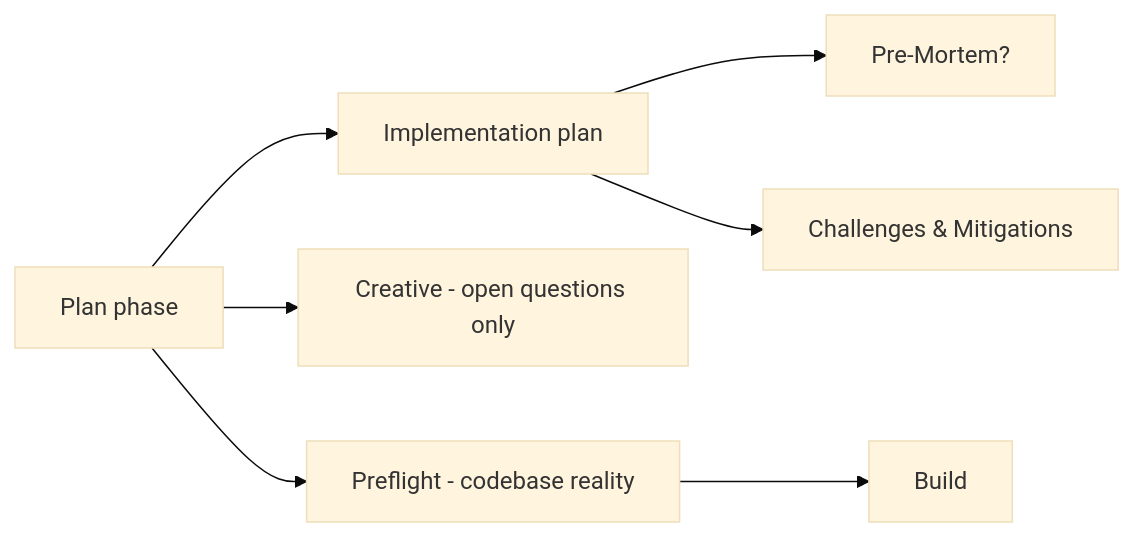
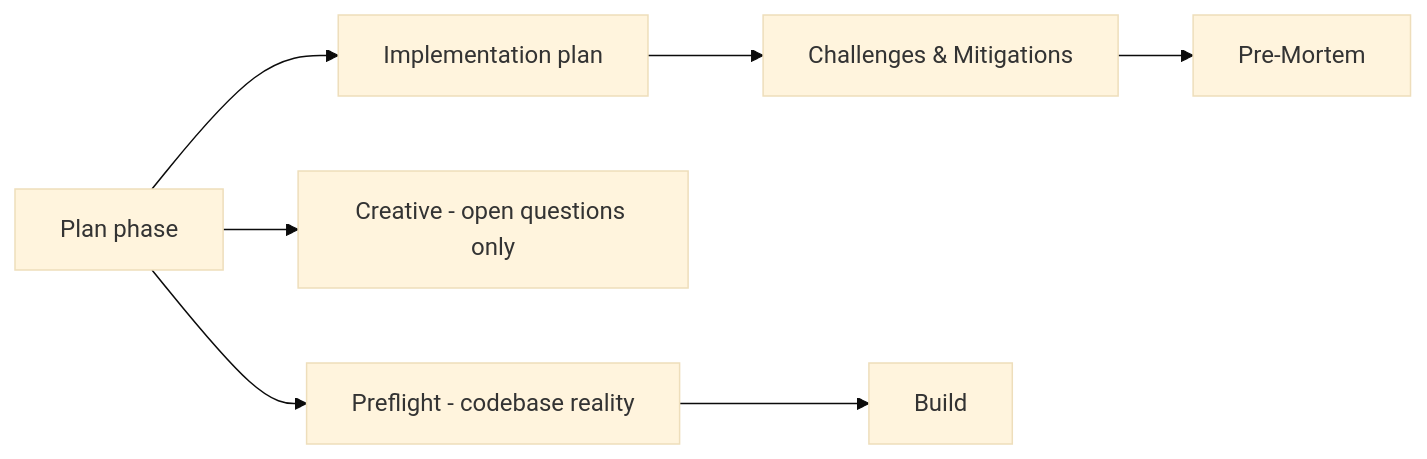
One commit to Texarkanine/.cursor-rules changed the diagram in memory-bank/active/creative/creative-premortem-placement.md. Above: the diagram before and after it, drawn with Mermaid (base theme). The commit also changed other lines of this file and 4 other files, not shown here.

Commit message:
chore: revise plan — pre-mortem after challenges

````diff
--- a/memory-bank/active/creative/creative-premortem-placement.md
+++ b/memory-bank/active/creative/creative-premortem-placement.md
@@ -26,9 +29,9 @@
 ```mermaid
 flowchart LR
   Plan["Plan phase"] --> Impl["Implementation plan"]
-  Impl --> PM["Pre-Mortem?"]
   Impl --> Ch["Challenges & Mitigations"]
+  Ch --> PM["Pre-Mortem"]
   Plan --> Creative["Creative - open questions only"]
   Plan --> Preflight["Preflight - codebase reality"]
   Preflight --> Build["Build"]
 ```
````
